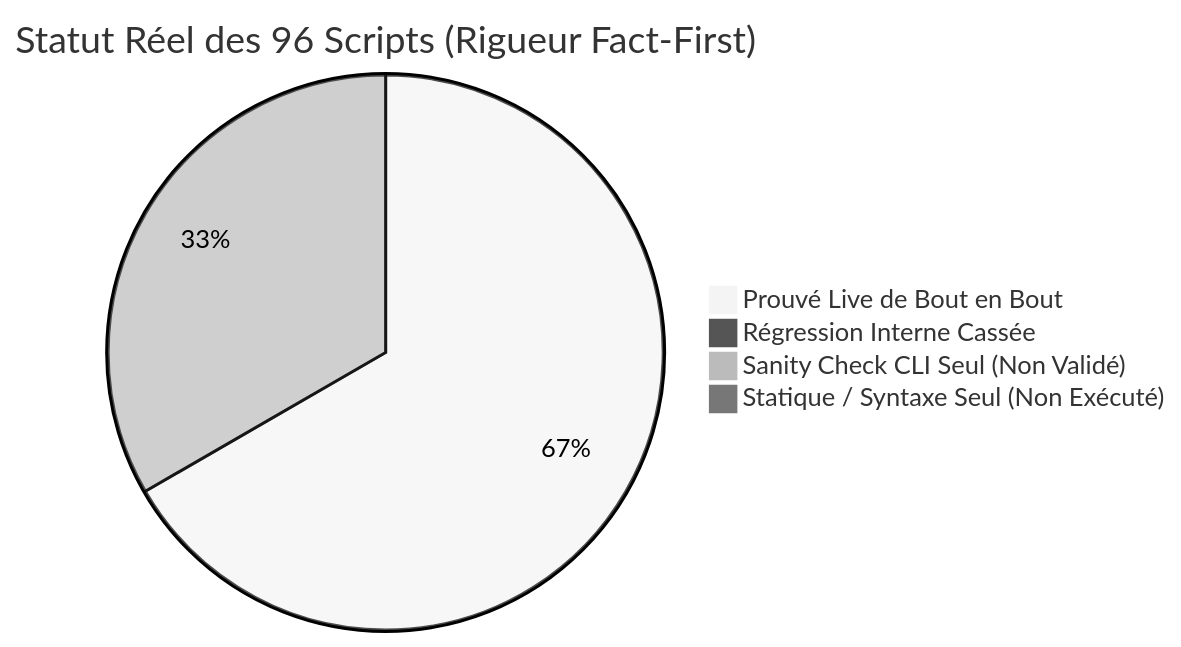
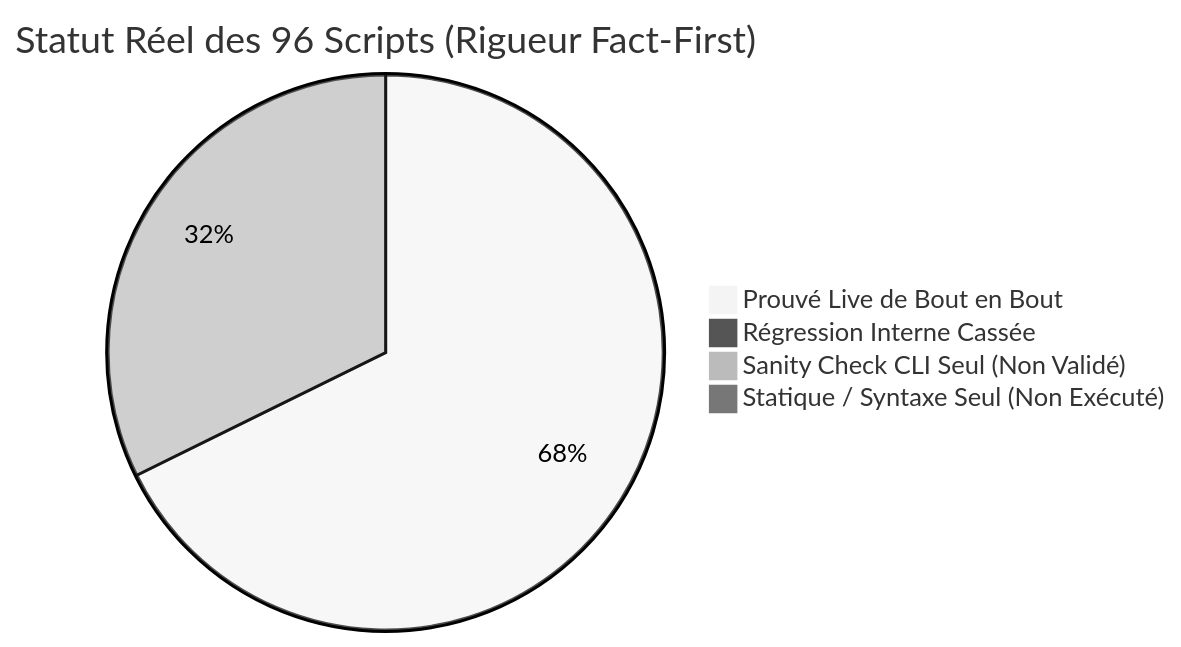
Before and after one commit to yoyonel/pydbsrt: the diagram in docs/reference/2026-11-10-audit-exhaustif-scripts-regressions.md, drawn with Mermaid (neutral theme). The commit also changed other lines of this file and 2 other files, not shown here.

First line of the commit message:
fix(e2e): dynamic root, lazy playwright import and cli check option in e2e portal playwright (#69)

````diff
--- a/docs/reference/2026-11-10-audit-exhaustif-scripts-regressions.md
+++ b/docs/reference/2026-11-10-audit-exhaustif-scripts-regressions.md
@@ -16,7 +16,7 @@
 ```mermaid
 pie title Statut Réel des 96 Scripts (Rigueur Fact-First)
-    "Prouvé Live de Bout en Bout" : 64
+    "Prouvé Live de Bout en Bout" : 65
     "Régression Interne Cassée" : 0
-    "Sanity Check CLI Seul (Non Validé)" : 32
+    "Sanity Check CLI Seul (Non Validé)" : 31
     "Statique / Syntaxe Seul (Non Exécuté)" : 0
 ```
````
